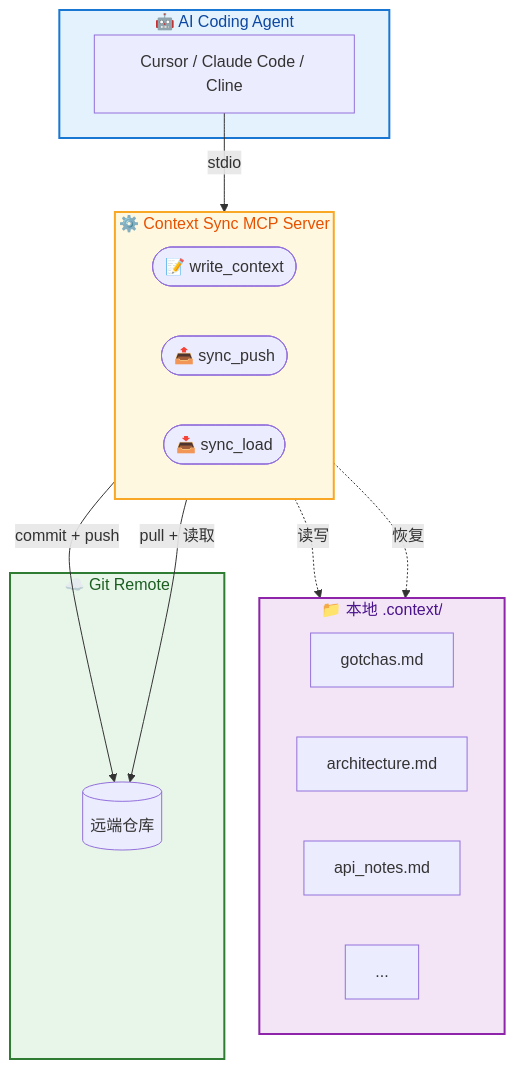
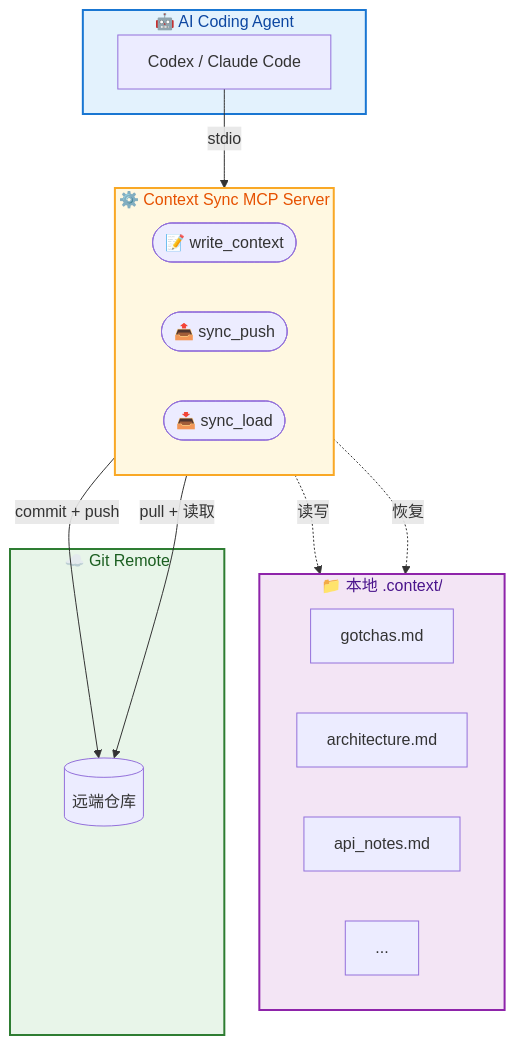
Before and after one commit to 1EchA/context-sync-mcp: the first of 2 diagrams in README.md, drawn with Mermaid. The commit also changed other lines of this file, not shown here.

Commit message:
style: use Codex/Claude Code in diagram, remove stick figure actor

````diff
--- a/README.md
+++ b/README.md
@@ -56,36 +56,36 @@
 ```mermaid
 flowchart TB
     subgraph Agent ["🤖 AI Coding Agent"]
-        A["Cursor / Claude Code / Cline"]
+        A["Codex / Claude Code"]
     end
 
     subgraph Server ["⚙️ Context Sync MCP Server"]
         direction LR
         W(["📝 write_context"])
         P(["📤 sync_push"])
         L(["📥 sync_load"])
     end
 
     subgraph Files ["📁 本地 .context/"]
         direction LR
         F1["gotchas.md"]
         F2["architecture.md"]
         F3["api_notes.md"]
         F0["..."]
     end
 
     subgraph Git ["☁️ Git Remote"]
         R[("远端仓库")]
     end
 
     A -- "stdio" --> Server
     W -. "读写" .-> Files
     P -- "commit + push" --> R
     L -- "pull + 读取" --> R
     L -. "恢复" .-> Files
 
     style Agent fill:#e3f2fd,stroke:#1976D2,stroke-width:2px,color:#0D47A1
     style Server fill:#fff8e1,stroke:#F9A825,stroke-width:2px,color:#E65100
     style Files fill:#f3e5f5,stroke:#8E24AA,stroke-width:2px,color:#4A148C
     style Git fill:#e8f5e9,stroke:#2E7D32,stroke-width:2px,color:#1B5E20
 ```
````
